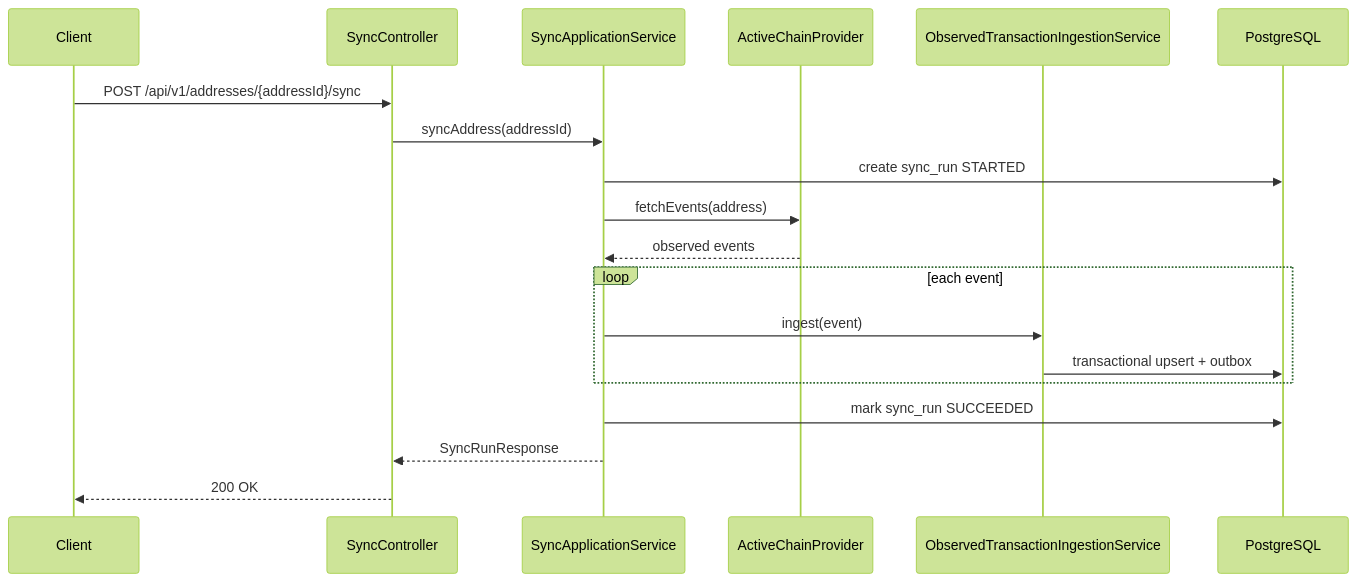
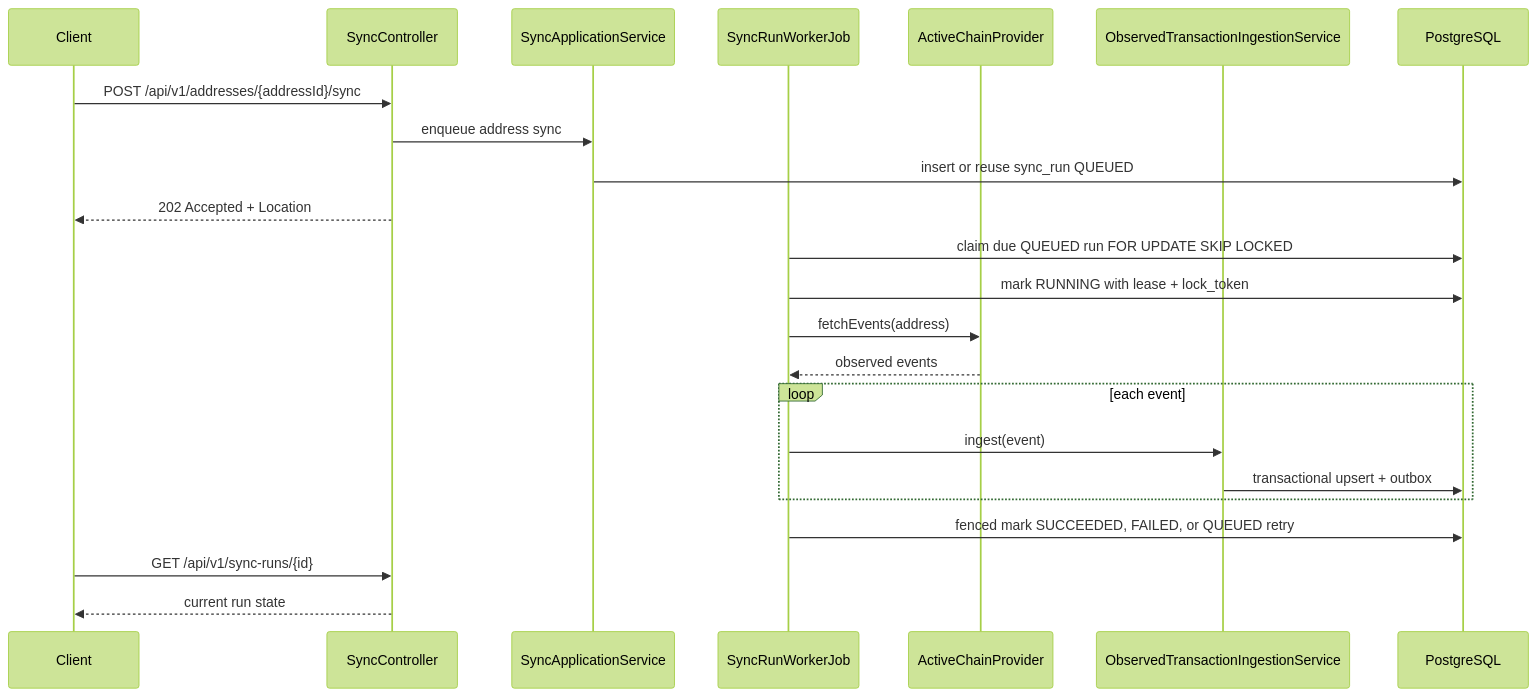
Before and after one commit to AsyncAssassin/asset-sync-service: the second of 7 diagrams in docs/architecture.md, drawn with Mermaid (forest theme). The commit also changed other lines of this file and 30 other files, not shown here.

First line of the commit message:
Make sync runs asynchronous and durable

````diff
--- a/docs/architecture.md
+++ b/docs/architecture.md
@@ -146,22 +146,26 @@
 ```mermaid
 sequenceDiagram
     participant Client
     participant API as SyncController
     participant Sync as SyncApplicationService
+    participant Worker as SyncRunWorkerJob
     participant Provider as ActiveChainProvider
     participant Ingest as ObservedTransactionIngestionService
     participant DB as PostgreSQL
 
     Client->>API: POST /api/v1/addresses/{addressId}/sync
-    API->>Sync: syncAddress(addressId)
-    Sync->>DB: create sync_run STARTED
-    Sync->>Provider: fetchEvents(address)
-    Provider-->>Sync: observed events
+    API->>Sync: enqueue address sync
+    Sync->>DB: insert or reuse sync_run QUEUED
+    API-->>Client: 202 Accepted + Location
+    Worker->>DB: claim due QUEUED run FOR UPDATE SKIP LOCKED
+    Worker->>DB: mark RUNNING with lease + lock_token
+    Worker->>Provider: fetchEvents(address)
+    Provider-->>Worker: observed events
     loop each event
-        Sync->>Ingest: ingest(event)
+        Worker->>Ingest: ingest(event)
         Ingest->>DB: transactional upsert + outbox
     end
-    Sync->>DB: mark sync_run SUCCEEDED
-    Sync-->>API: SyncRunResponse
-    API-->>Client: 200 OK
+    Worker->>DB: fenced mark SUCCEEDED, FAILED, or QUEUED retry
+    Client->>API: GET /api/v1/sync-runs/{id}
+    API-->>Client: current run state
 ```
````
